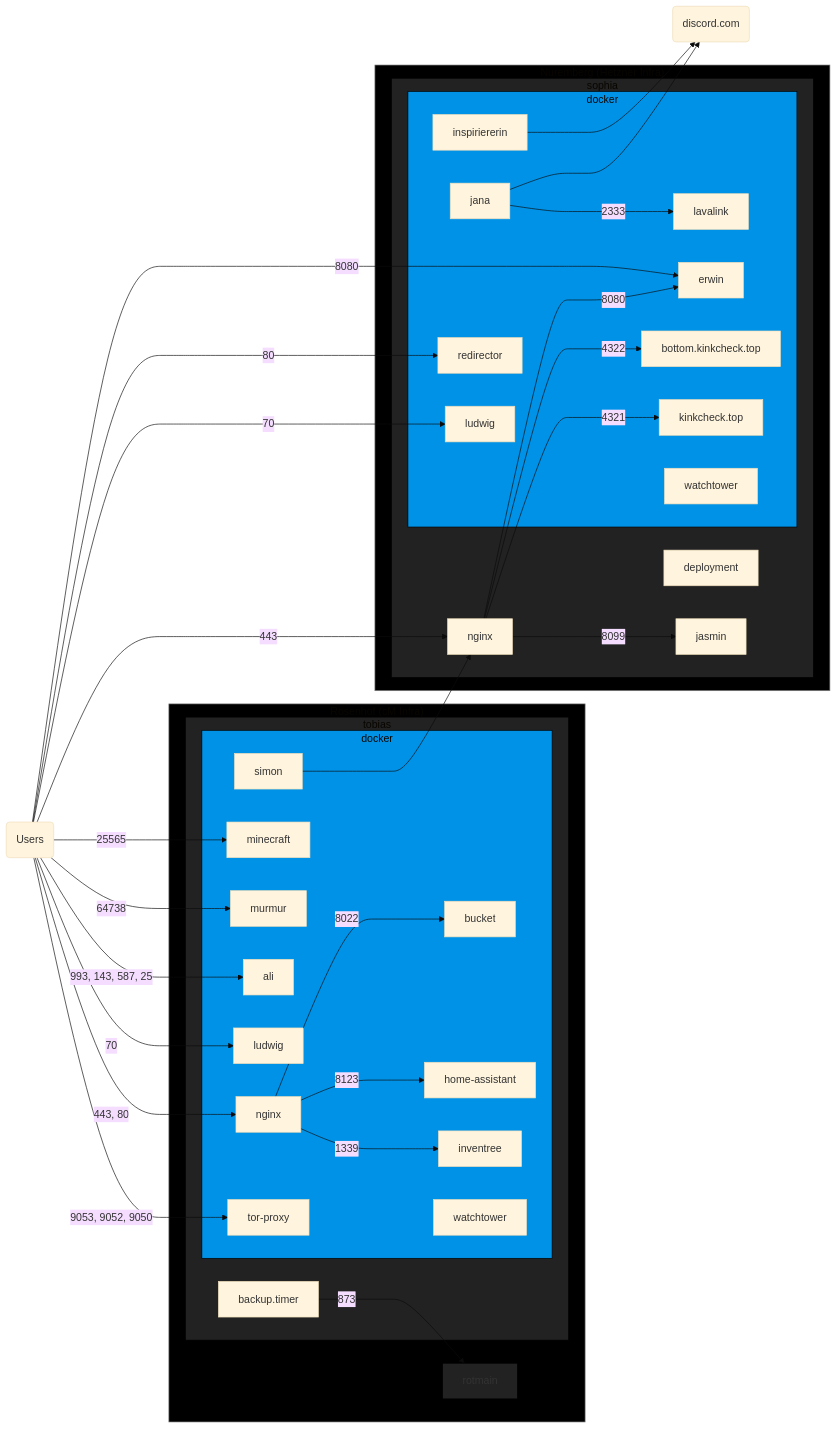
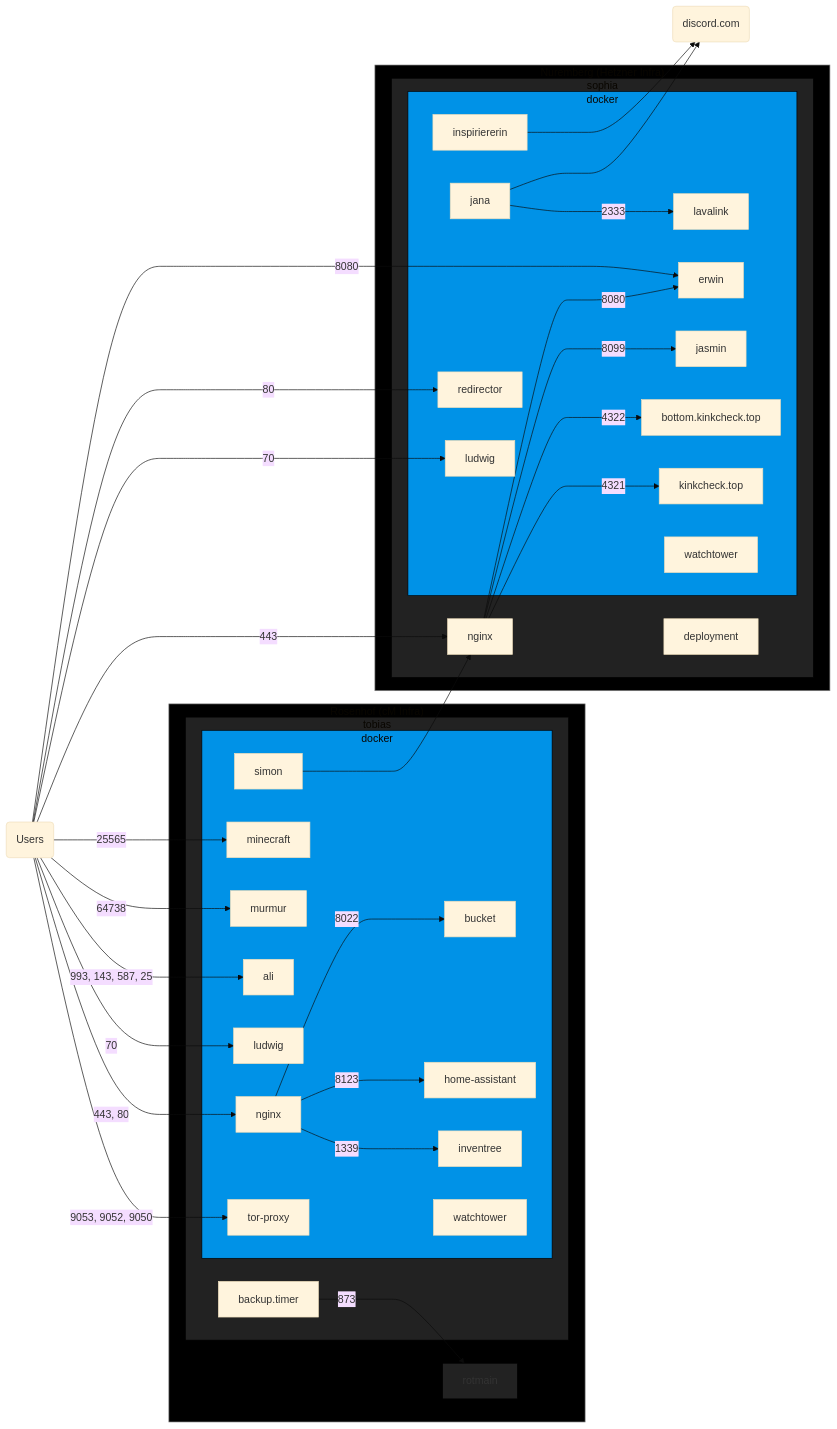
One commit to chrissxMedia/chrissx.de.conf.sh changed the diagram in README.md. Above: the diagram before and after it, drawn with Mermaid (base theme).

Commit message:
readme: infra: jasmin now also runs under docker

```diff
--- a/README.md
+++ b/README.md
@@ -42,6 +42,7 @@
       redirector
       kinkcheck.top
       bottom.kinkcheck.top
+      jasmin
       erwin
       watchtowersophia[watchtower]
     end
```
